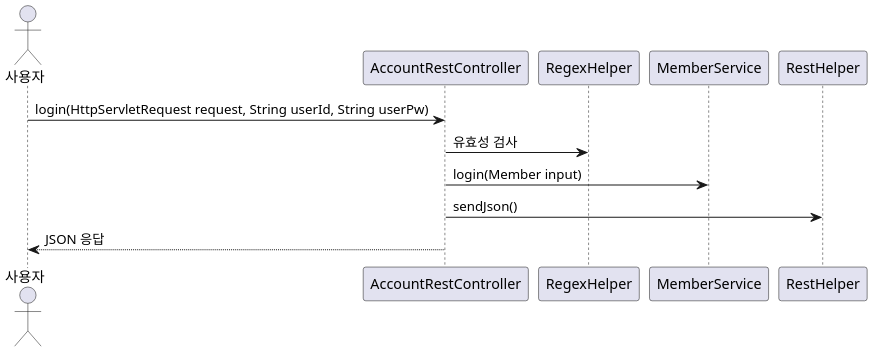
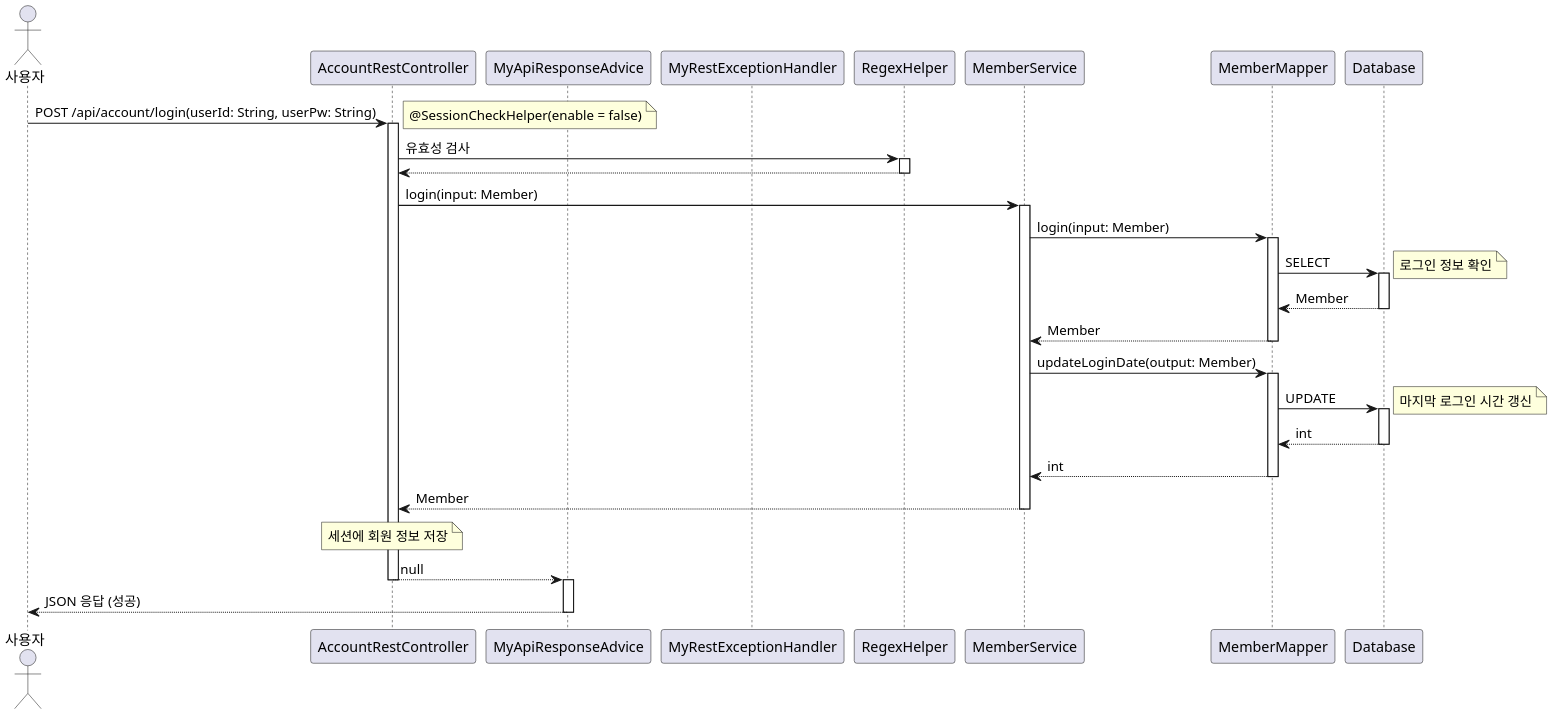
Before and after one commit to leekh4232/study-myshop: the diagram in uml/AccountRestController/login_Sequence.puml, drawn with PlantUML. The commit also changed 144 other files, not shown here.

```diff
--- a/uml/AccountRestController/login_Sequence.puml
+++ b/uml/AccountRestController/login_Sequence.puml
@@ -1,14 +1,54 @@
 @startuml
 skinparam dpi 200
-actor 사용자
+
+actor Actor as "사용자"
 participant AccountRestController
+participant MyApiResponseAdvice
+participant MyRestExceptionHandler
 participant RegexHelper
 participant MemberService
-participant RestHelper
+participant MemberMapper
+participant Database
 
-사용자 -> AccountRestController : login(HttpServletRequest request, String userId, String userPw)
-AccountRestController -> RegexHelper : 유효성 검사
-AccountRestController -> MemberService : login(Member input)
-AccountRestController -> RestHelper : sendJson()
-AccountRestController --> 사용자 : JSON 응답
+Actor -> AccountRestController: POST /api/account/login(userId: String, userPw: String)
+activate AccountRestController
+note right: @SessionCheckHelper(enable = false)
+
+AccountRestController -> RegexHelper: 유효성 검사
+activate RegexHelper
+RegexHelper --> AccountRestController
+deactivate RegexHelper
+
+AccountRestController -> MemberService: login(input: Member)
+activate MemberService
+MemberService -> MemberMapper: login(input: Member)
+activate MemberMapper
+MemberMapper -> Database: SELECT
+activate Database
+note right: 로그인 정보 확인
+Database --> MemberMapper: Member
+deactivate Database
+MemberMapper --> MemberService: Member
+deactivate MemberMapper
+
+MemberService -> MemberMapper: updateLoginDate(output: Member)
+activate MemberMapper
+MemberMapper -> Database: UPDATE
+activate Database
+note right: 마지막 로그인 시간 갱신
+Database --> MemberMapper: int
+deactivate Database
+MemberMapper --> MemberService: int
+deactivate MemberMapper
+MemberService --> AccountRestController: Member
+deactivate MemberService
+
+note over AccountRestController: 세션에 회원 정보 저장
+
+AccountRestController --> MyApiResponseAdvice: null
+deactivate AccountRestController
+activate MyApiResponseAdvice
+MyApiResponseAdvice --> Actor: JSON 응답 (성공)
+deactivate MyApiResponseAdvice
+
 @enduml
```
